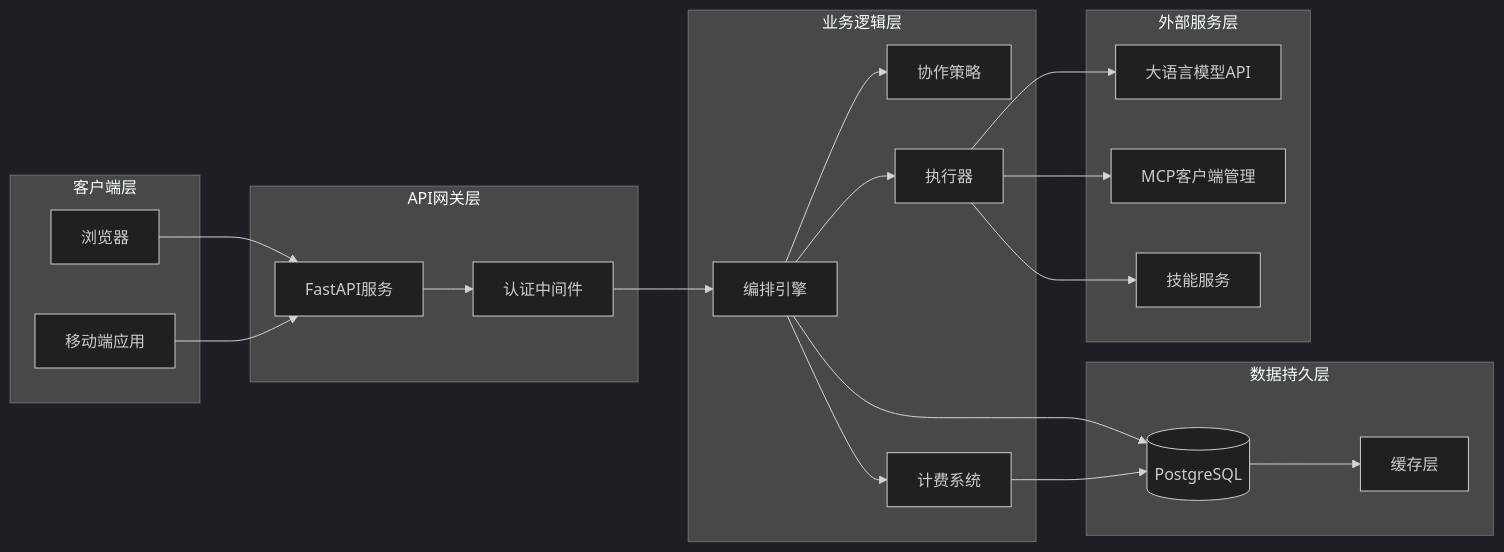
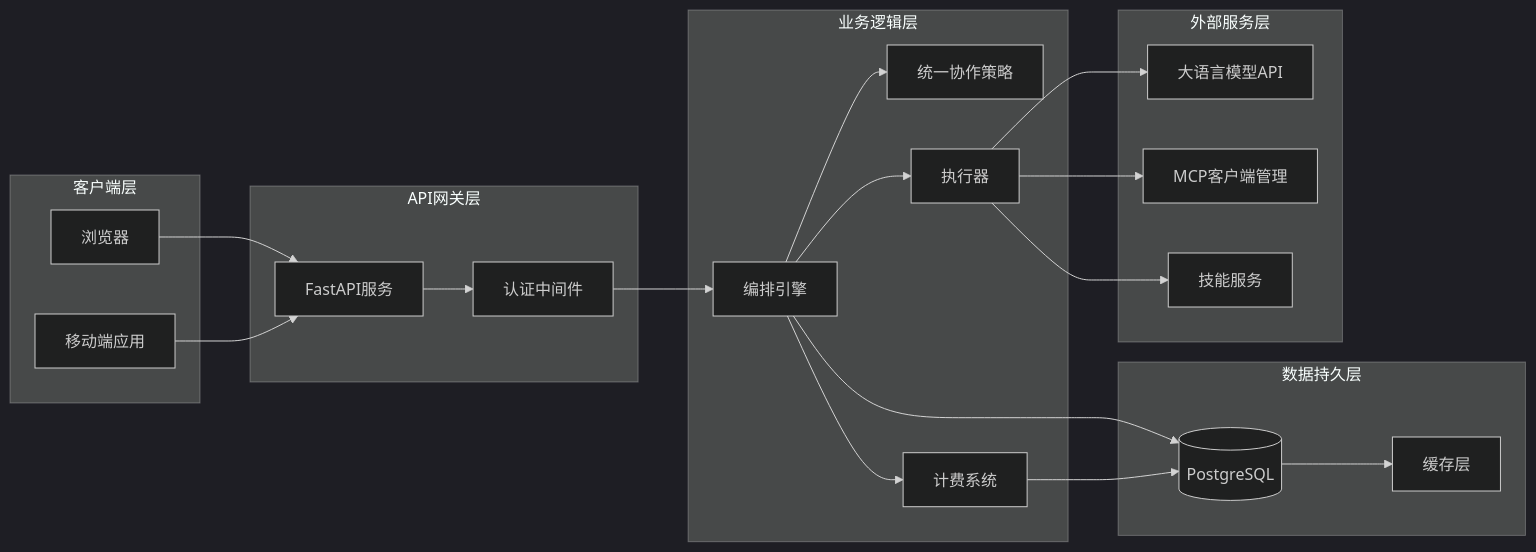
One commit to KunLabAI/KunFlix changed the fourth of 10 diagrams in .qoder/repowiki/zh/content/AI智能体系统/多智能体协作系统.md. Above: the diagram before and after it, drawn with Mermaid (dark theme). The commit also changed other lines of this file and 9 other files, not shown here.

````diff
--- a/.qoder/repowiki/zh/content/AI智能体系统/多智能体协作系统.md
+++ b/.qoder/repowiki/zh/content/AI智能体系统/多智能体协作系统.md
@@ -173,39 +182,39 @@
 ```mermaid
 graph LR
 subgraph "客户端层"
 Browser[浏览器]
 Mobile[移动端应用]
 end
 subgraph "API网关层"
 FastAPI[FastAPI服务]
 Auth[认证中间件]
 end
 subgraph "业务逻辑层"
 Orchestrator[编排引擎]
-Strategies[协作策略]
+UnifiedStrategy[统一协作策略]
 Executor[执行器]
 Billing[计费系统]
 end
 subgraph "数据持久层"
 Database[(PostgreSQL)]
 Redis[缓存层]
 end
 subgraph "外部服务层"
 LLM[大语言模型API]
 MCP[MCP客户端管理]
 Skills[技能服务]
 end
 Browser --> FastAPI
 Mobile --> FastAPI
 FastAPI --> Auth
 Auth --> Orchestrator
-Orchestrator --> Strategies
+Orchestrator --> UnifiedStrategy
 Orchestrator --> Executor
 Orchestrator --> Billing
 Executor --> LLM
 Executor --> MCP
 Executor --> Skills
 Orchestrator --> Database
 Billing --> Database
 Database --> Redis
 ```
````
